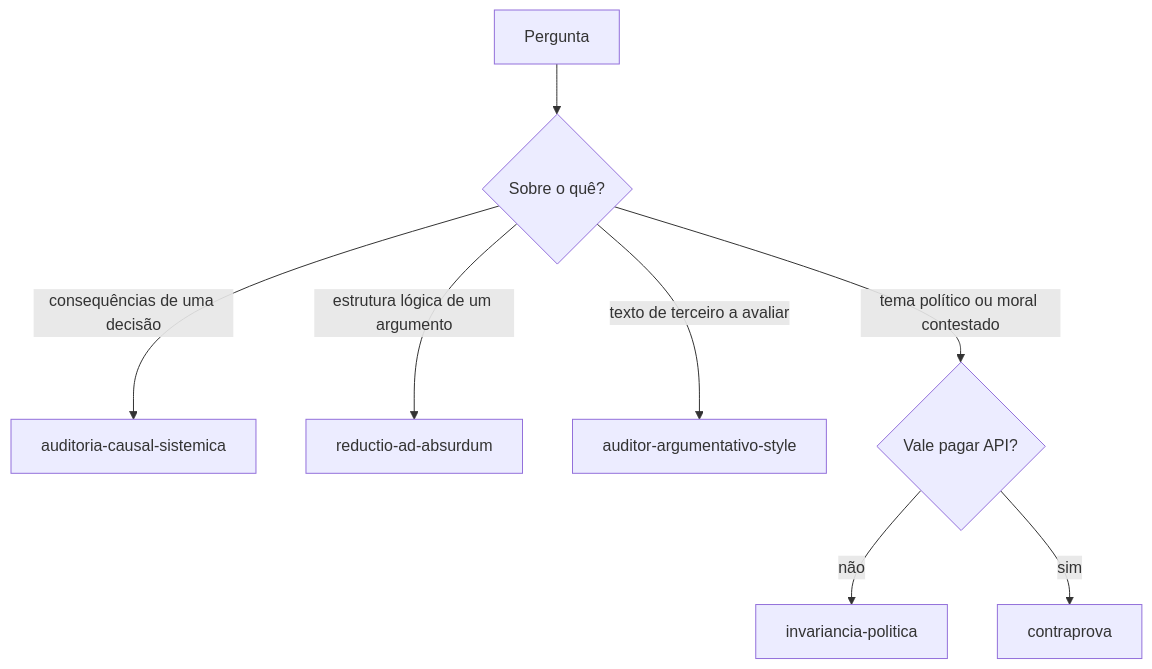
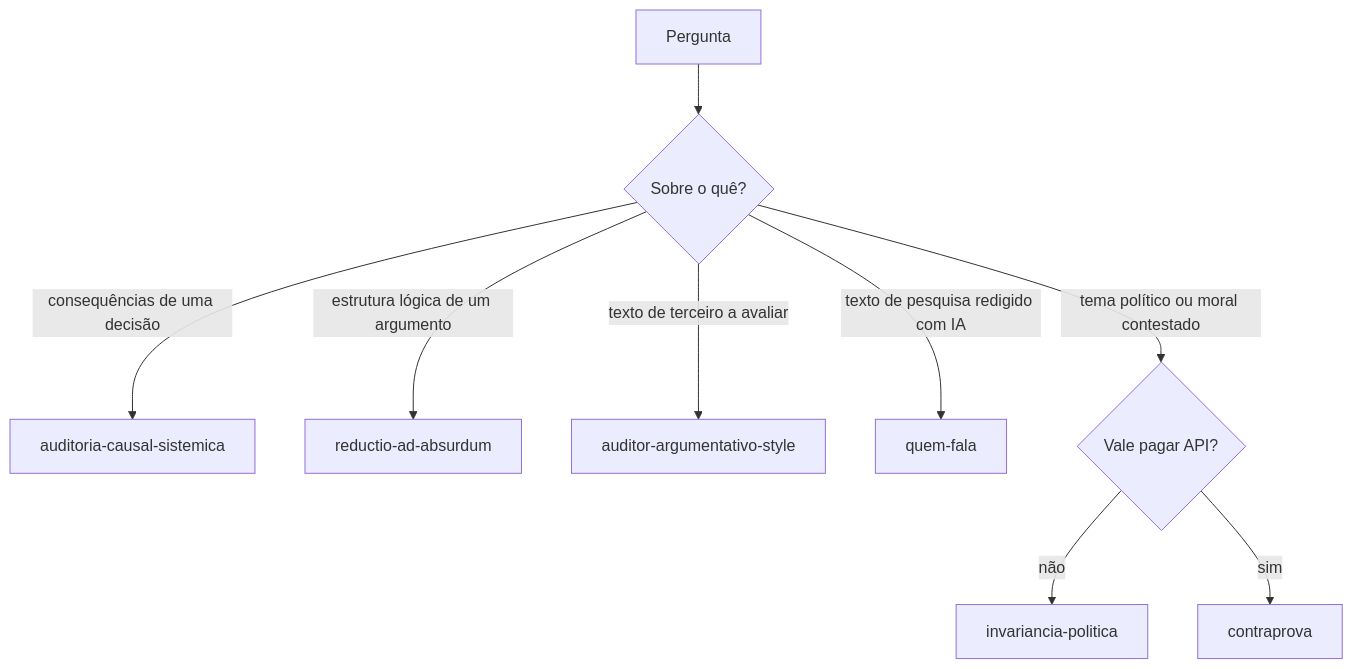
One commit to www4lker/skills-walker changed the fifth of 5 diagrams in docs/cadeias.md. Above: the diagram before and after it, drawn with Mermaid. The commit also changed 3 other files, not shown here.

Commit message:
Adiciona a skill quem-fala em escrita acadêmica

````diff
--- a/docs/cadeias.md
+++ b/docs/cadeias.md
@@ -68,10 +68,11 @@
 ```mermaid
 flowchart TD
     Q["Pergunta"] --> T{"Sobre o quê?"}
     T -- "consequências de uma decisão" --> ACS["auditoria-causal-sistemica"]
     T -- "estrutura lógica de um argumento" --> RAA["reductio-ad-absurdum"]
     T -- "texto de terceiro a avaliar" --> AA["auditor-argumentativo-style"]
+    T -- "texto de pesquisa redigido com IA" --> QF["quem-fala"]
     T -- "tema político ou moral contestado" --> I{"Vale pagar API?"}
     I -- "não" --> IP["invariancia-politica"]
     I -- "sim" --> CP["contraprova"]
 ```
````
